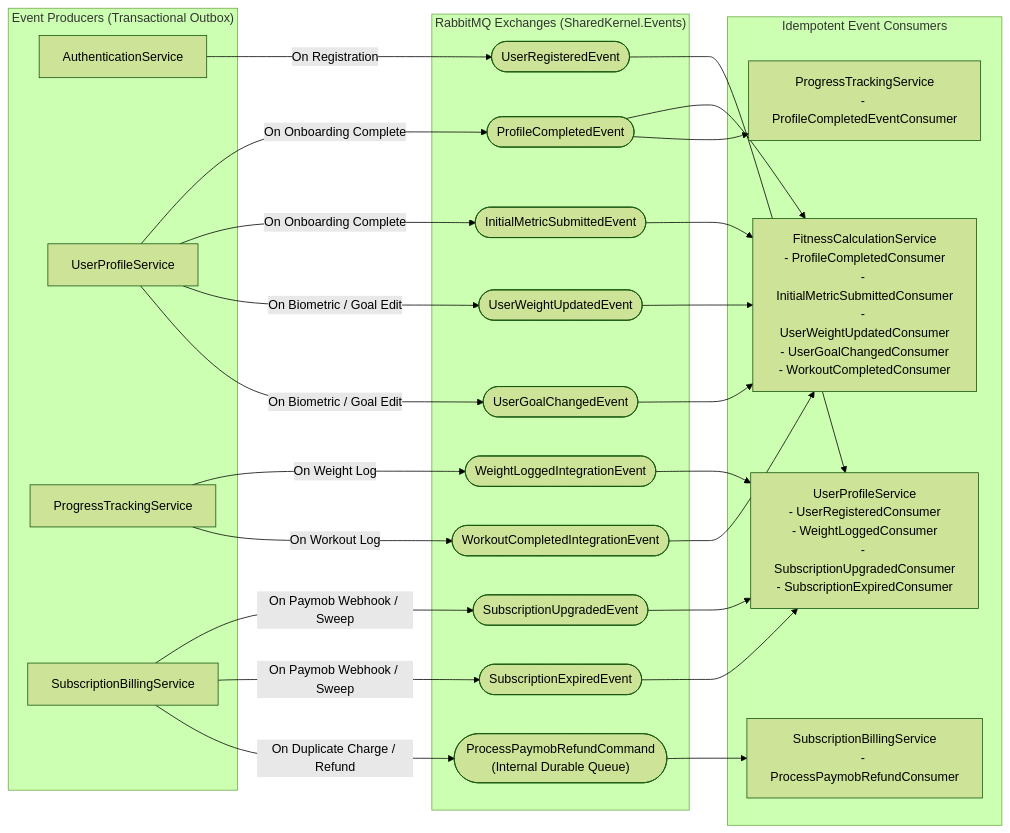
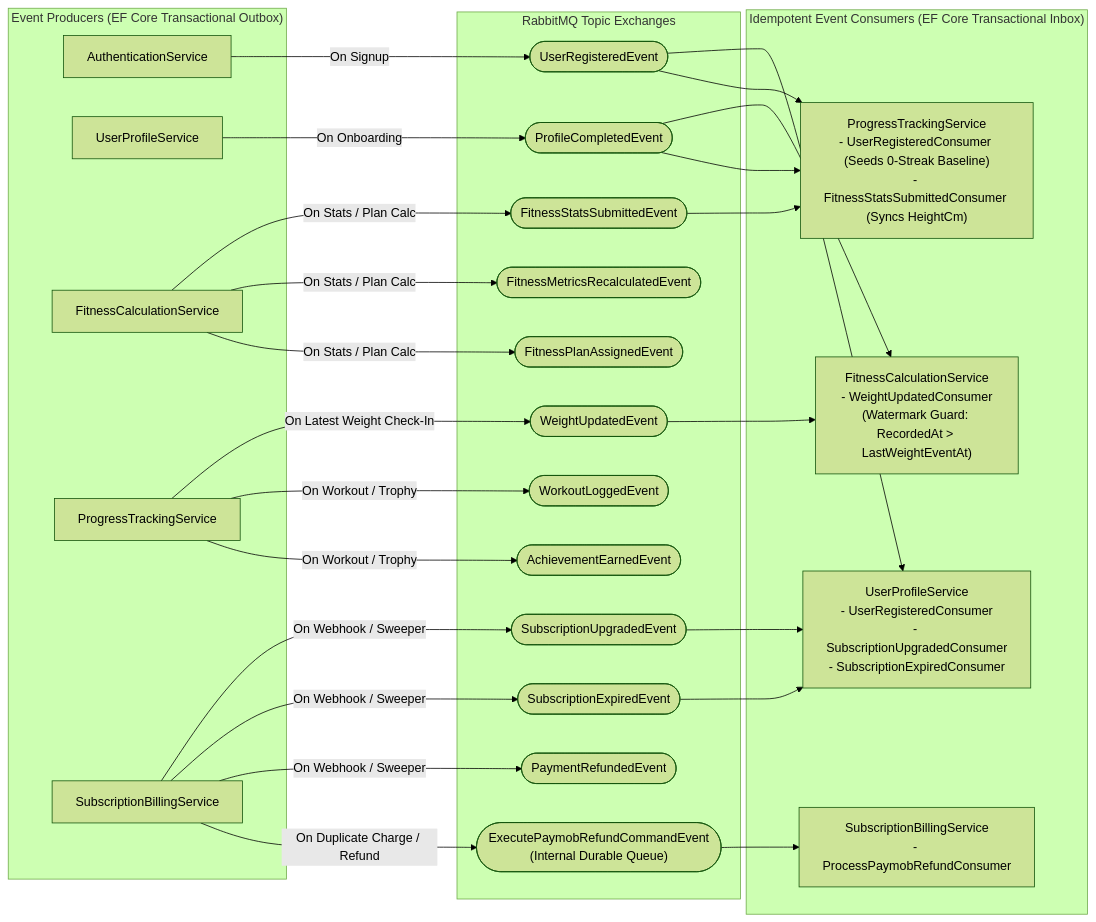
Before and after one commit to Elevate-Fitness-Project-Teams/FitnessApp-team2: the tenth of 17 diagrams in README.md, drawn with Mermaid (forest theme). The commit also changed other lines of this file, not shown here.

Commit message:
docs: expand root README with platform feature matrix and comprehensive business/technical graphs

````diff
--- a/README.md
+++ b/README.md
@@ -161,47 +383,50 @@
 ```mermaid
 flowchart LR
-    subgraph Producers["Event Producers (Transactional Outbox)"]
+    subgraph Producers["Event Producers (EF Core Transactional Outbox)"]
         P_Auth["AuthenticationService"]
         P_Profile["UserProfileService"]
+        P_FCE["FitnessCalculationService"]
         P_Progress["ProgressTrackingService"]
         P_Billing["SubscriptionBillingService"]
     end
 
-    subgraph Broker["RabbitMQ Exchanges (SharedKernel.Events)"]
+    subgraph Broker["RabbitMQ Topic Exchanges"]
         E1(["UserRegisteredEvent"])
         E2(["ProfileCompletedEvent"])
-        E3(["InitialMetricSubmittedEvent"])
-        E4(["UserWeightUpdatedEvent"])
-        E5(["UserGoalChangedEvent"])
-        E6(["WeightLoggedIntegrationEvent"])
-        E7(["WorkoutCompletedIntegrationEvent"])
-        E8(["SubscriptionUpgradedEvent"])
-        E9(["SubscriptionExpiredEvent"])
-        E10(["ProcessPaymobRefundCommand<br/>(Internal Durable Queue)"])
+        E3(["FitnessStatsSubmittedEvent"])
+        E4(["FitnessMetricsRecalculatedEvent"])
+        E5(["FitnessPlanAssignedEvent"])
+        E6(["WeightUpdatedEvent"])
+        E7(["WorkoutLoggedEvent"])
+        E8(["AchievementEarnedEvent"])
+        E9(["SubscriptionUpgradedEvent"])
+        E10(["SubscriptionExpiredEvent"])
+        E11(["PaymentRefundedEvent"])
+        E12(["ExecutePaymobRefundCommandEvent<br/>(Internal Durable Queue)"])
     end
 
-    subgraph Consumers["Idempotent Event Consumers"]
-        C_Profile["UserProfileService<br/>- UserRegisteredConsumer<br/>- WeightLoggedConsumer<br/>- SubscriptionUpgradedConsumer<br/>- SubscriptionExpiredConsumer"]
-        C_FCE["FitnessCalculationService<br/>- ProfileCompletedConsumer<br/>- InitialMetricSubmittedConsumer<br/>- UserWeightUpdatedConsumer<br/>- UserGoalChangedConsumer<br/>- WorkoutCompletedConsumer"]
-        C_Progress["ProgressTrackingService<br/>- ProfileCompletedEventConsumer"]
+    subgraph Consumers["Idempotent Event Consumers (EF Core Transactional Inbox)"]
+        C_Profile["UserProfileService<br/>- UserRegisteredConsumer<br/>- SubscriptionUpgradedConsumer<br/>- SubscriptionExpiredConsumer"]
+        C_FCE["FitnessCalculationService<br/>- WeightUpdatedConsumer<br/>(Watermark Guard: RecordedAt > LastWeightEventAt)"]
+        C_Progress["ProgressTrackingService<br/>- UserRegisteredConsumer (Seeds 0-Streak Baseline)<br/>- FitnessStatsSubmittedConsumer (Syncs HeightCm)"]
         C_Billing["SubscriptionBillingService<br/>- ProcessPaymobRefundConsumer"]
     end
 
-    P_Auth -->|"On Registration"| E1
-    E1 --> C_Profile
+    P_Auth -->|"On Signup"| E1
+    E1 --> C_Profile & C_Progress
 
-    P_Profile -->|"On Onboarding Complete"| E2 & E3
-    P_Profile -->|"On Biometric / Goal Edit"| E4 & E5
+    P_Profile -->|"On Onboarding"| E2
     E2 --> C_FCE & C_Progress
-    E3 & E4 & E5 --> C_FCE
 
-    P_Progress -->|"On Weight Log"| E6
-    P_Progress -->|"On Workout Log"| E7
-    E6 --> C_Profile
-    E7 --> C_FCE
+    P_FCE -->|"On Stats / Plan Calc"| E3 & E4 & E5
+    E3 --> C_Progress
 
-    P_Billing -->|"On Paymob Webhook / Sweep"| E8 & E9
-    P_Billing -->|"On Duplicate Charge / Refund"| E10
-    E8 & E9 --> C_Profile
-    E10 --> C_Billing
+    P_Progress -->|"On Latest Weight Check-In"| E6
+    P_Progress -->|"On Workout / Trophy"| E7 & E8
+    E6 --> C_FCE
+
+    P_Billing -->|"On Webhook / Sweeper"| E9 & E10 & E11
+    P_Billing -->|"On Duplicate Charge / Refund"| E12
+    E9 & E10 --> C_Profile
+    E12 --> C_Billing
 ```
````
